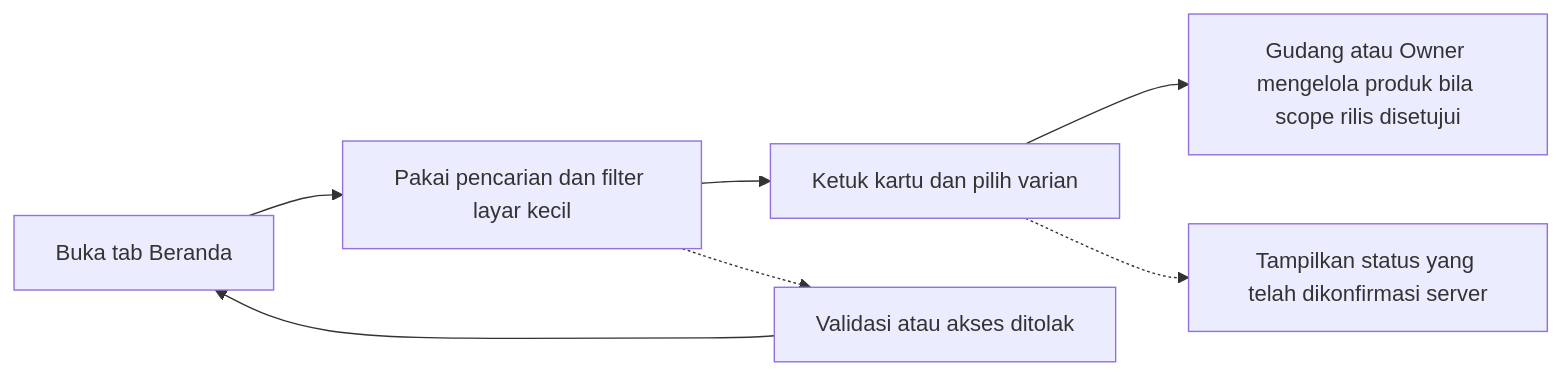
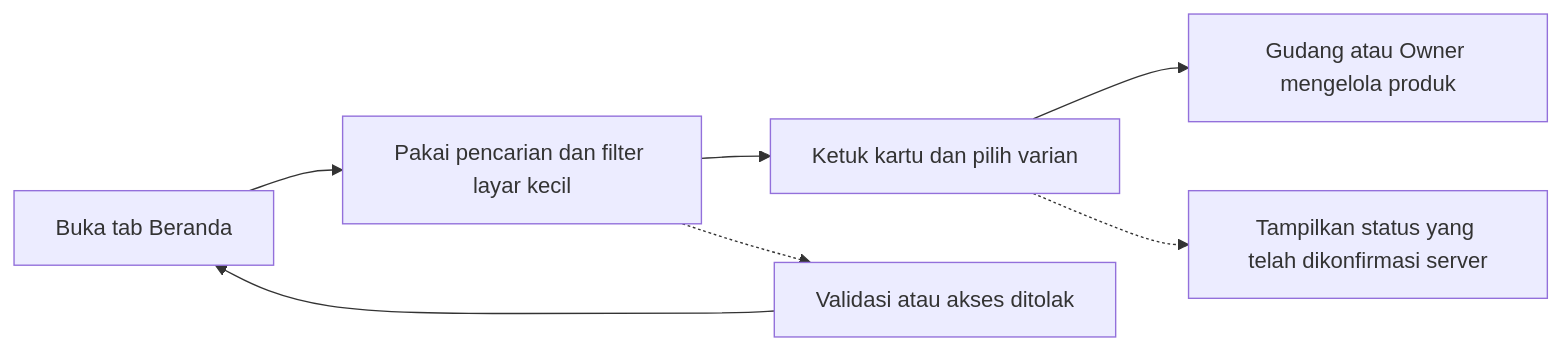
Before and after one commit to abyazzz/Motifnesia-Monorepo: the diagram in project-docs/03-CLIENT-MOBILE/design/USER-FLOW/catalog-target.mmd, drawn with Mermaid. The commit also changed 100 other files, not shown here.

```diff
--- a/project-docs/03-CLIENT-MOBILE/design/USER-FLOW/catalog-target.mmd
+++ b/project-docs/03-CLIENT-MOBILE/design/USER-FLOW/catalog-target.mmd
@@ -1,11 +1,11 @@
 flowchart LR
     P1["Buka tab Beranda"]
     P2["Pakai pencarian dan filter layar kecil"]
     P1 --> P2
     P3["Ketuk kartu dan pilih varian"]
     P2 --> P3
-    P4["Gudang atau Owner mengelola produk bila scope rilis disetujui"]
+    P4["Gudang atau Owner mengelola produk"]
     P3 --> P4
     P2 -.-> E["Validasi atau akses ditolak"]
     E --> P1
     P3 -.-> R["Tampilkan status yang telah dikonfirmasi server"]
```
